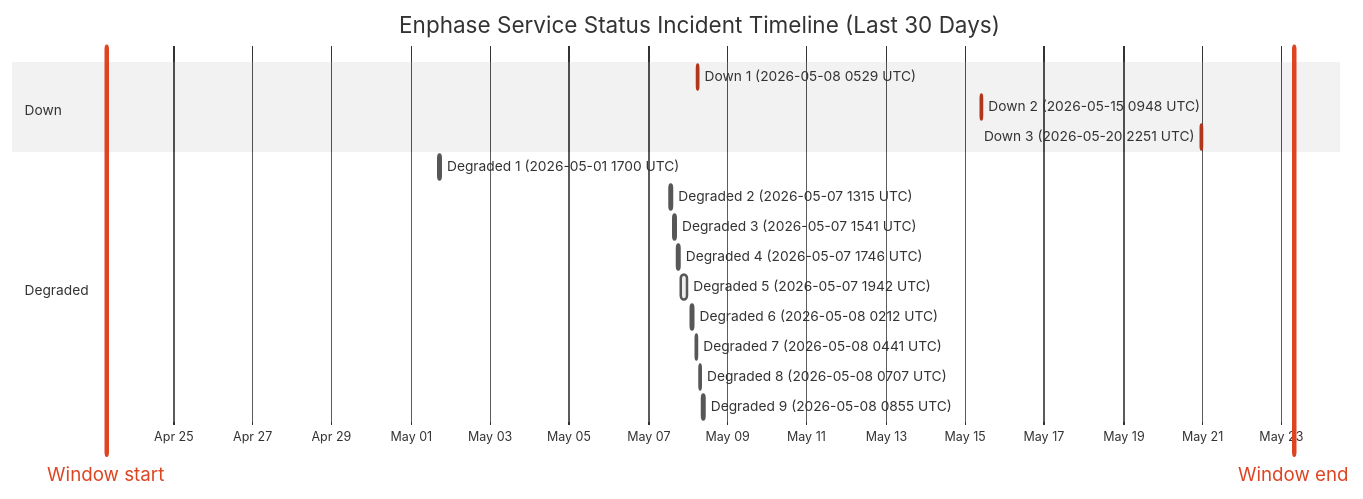
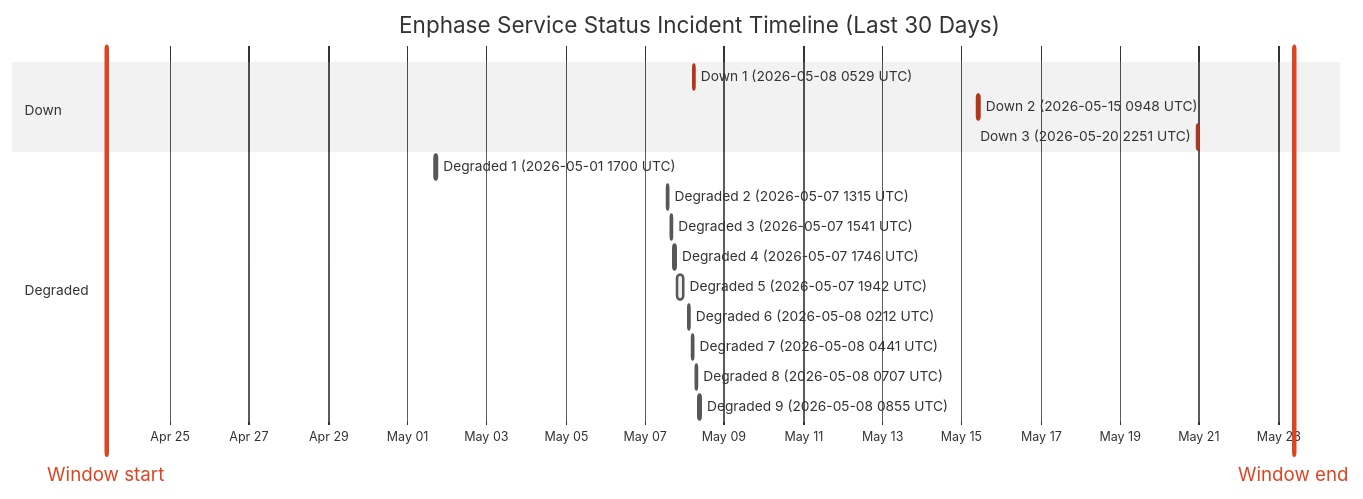
One commit to barneyonline/ha-enphase-ev-charger changed the diagram in wiki/Service-Status-History.md. Above: the diagram before and after it, drawn with Mermaid (neutral theme). The commit also changed other lines of this file and 3 other files, not shown here.

````diff
--- a/wiki/Service-Status-History.md
+++ b/wiki/Service-Status-History.md
@@ -14,22 +14,22 @@
 ```mermaid
 gantt
     title Enphase Service Status Incident Timeline (Last 30 Days)
     dateFormat  YYYY-MM-DDTHH:mm:ss
     axisFormat  %b %d
-    Window start :vert, window-start, 2026-04-23T07:14:12, 0ms
-    Window end :vert, window-end, 2026-05-23T07:14:12, 0ms
+    Window start :vert, window-start, 2026-04-23T09:19:38, 0ms
+    Window end :vert, window-end, 2026-05-23T09:19:38, 0ms
     section Down
     Down 1 (2026-05-08 0529 UTC) :crit, down-1, 2026-05-08T05:29:47, 60m
     Down 2 (2026-05-15 0948 UTC) :crit, down-2, 2026-05-15T09:48:18, 60m
     Down 3 (2026-05-20 2251 UTC) :crit, down-3, 2026-05-20T22:51:14, 75m
     section Degraded
     Degraded 1 (2026-05-01 1700 UTC) :active, degraded-1, 2026-05-01T17:00:22, 60m
     Degraded 2 (2026-05-07 1315 UTC) :active, degraded-2, 2026-05-07T13:15:25, 60m
     Degraded 3 (2026-05-07 1541 UTC) :active, degraded-3, 2026-05-07T15:41:58, 60m
     Degraded 4 (2026-05-07 1746 UTC) :active, degraded-4, 2026-05-07T17:46:51, 60m
     Degraded 5 (2026-05-07 1942 UTC) :active, degraded-5, 2026-05-07T19:42:10, 249m
     Degraded 6 (2026-05-08 0212 UTC) :active, degraded-6, 2026-05-08T02:12:39, 60m
     Degraded 7 (2026-05-08 0441 UTC) :active, degraded-7, 2026-05-08T04:41:46, 60m
     Degraded 8 (2026-05-08 0707 UTC) :active, degraded-8, 2026-05-08T07:07:30, 60m
     Degraded 9 (2026-05-08 0855 UTC) :active, degraded-9, 2026-05-08T08:55:20, 88m
 ```
````
